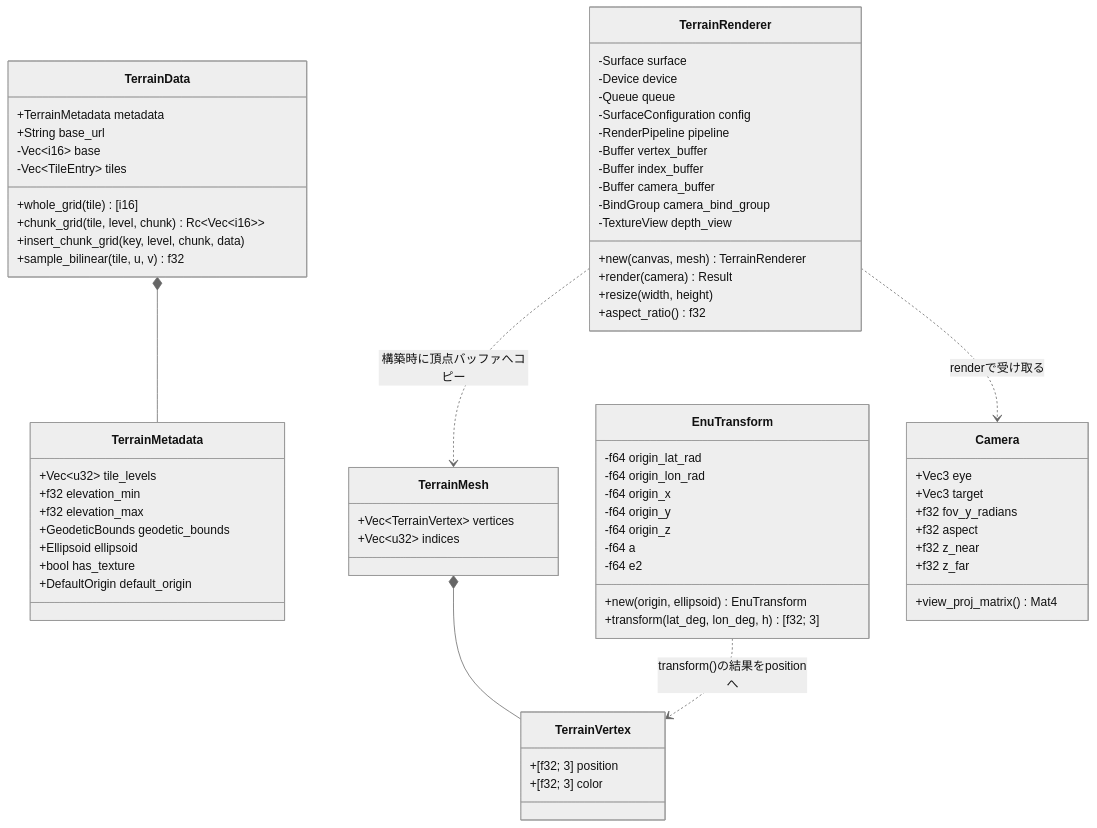
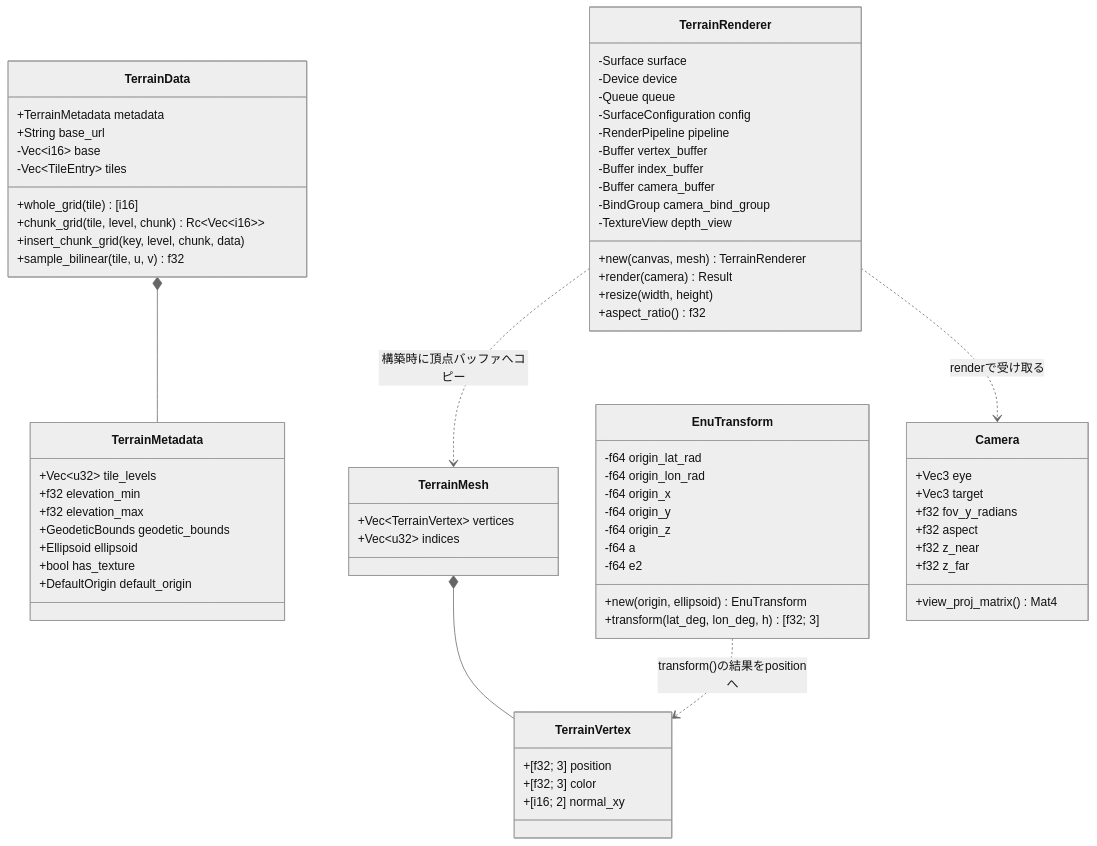
One commit to ham1a6/SimulationView changed diagram 13 of 16 in DETAILED_DESIGN.md. Above: the diagram before and after it, drawn with Mermaid (neutral theme). The commit also changed other lines of this file and 12 other files, not shown here.

````diff
--- a/DETAILED_DESIGN.md
+++ b/DETAILED_DESIGN.md
@@ -849,72 +849,73 @@
 ```mermaid
 classDiagram
     class TerrainMetadata {
         +Vec~u32~ tile_levels
         +f32 elevation_min
         +f32 elevation_max
         +GeodeticBounds geodetic_bounds
         +Ellipsoid ellipsoid
         +bool has_texture
         +DefaultOrigin default_origin
     }
     class TerrainData {
         +TerrainMetadata metadata
         +String base_url
         -Vec~i16~ base
         -Vec~TileEntry~ tiles
         +whole_grid(tile) [i16]
         +chunk_grid(tile, level, chunk) Rc~Vec~i16~~
         +insert_chunk_grid(key, level, chunk, data)
         +sample_bilinear(tile, u, v) f32
     }
     class EnuTransform {
         -f64 origin_lat_rad
         -f64 origin_lon_rad
         -f64 origin_x
         -f64 origin_y
         -f64 origin_z
         -f64 a
         -f64 e2
         +new(origin, ellipsoid) EnuTransform
         +transform(lat_deg, lon_deg, h) [f32; 3]
     }
     class TerrainVertex {
         +[f32; 3] position
         +[f32; 3] color
+        +[i16; 2] normal_xy
     }
     class TerrainMesh {
         +Vec~TerrainVertex~ vertices
         +Vec~u32~ indices
     }
     class Camera {
         +Vec3 eye
         +Vec3 target
         +f32 fov_y_radians
         +f32 aspect
         +f32 z_near
         +f32 z_far
         +view_proj_matrix() Mat4
     }
     class TerrainRenderer {
         -Surface surface
         -Device device
         -Queue queue
         -SurfaceConfiguration config
         -RenderPipeline pipeline
         -Buffer vertex_buffer
         -Buffer index_buffer
         -Buffer camera_buffer
         -BindGroup camera_bind_group
         -TextureView depth_view
         +new(canvas, mesh) TerrainRenderer
         +render(camera) Result
         +resize(width, height)
         +aspect_ratio() f32
     }
 
     TerrainData *-- TerrainMetadata
     TerrainMesh *-- TerrainVertex
     TerrainRenderer ..> TerrainMesh : 構築時に頂点バッファへコピー
     TerrainRenderer ..> Camera : renderで受け取る
     EnuTransform ..> TerrainVertex : transform()の結果をpositionへ
 ```
````
